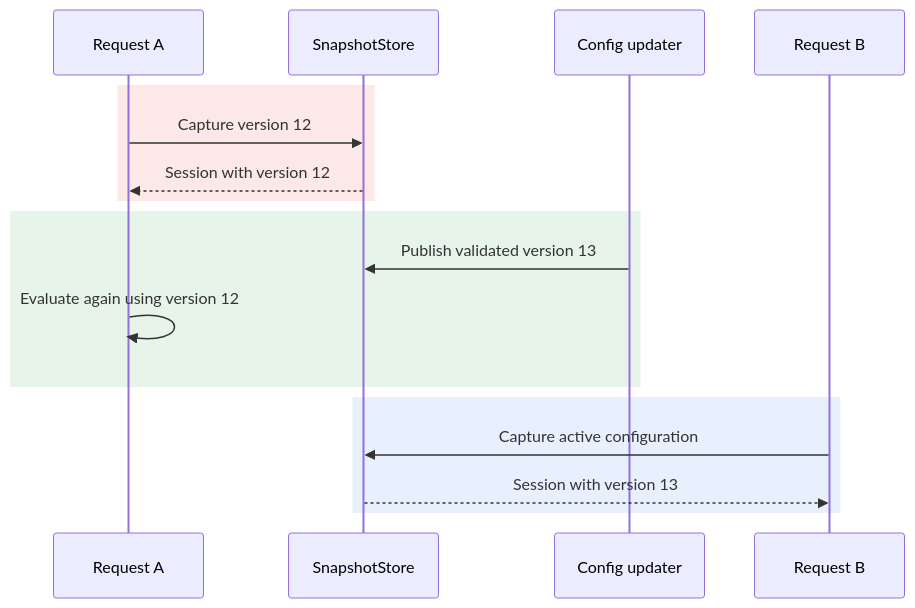
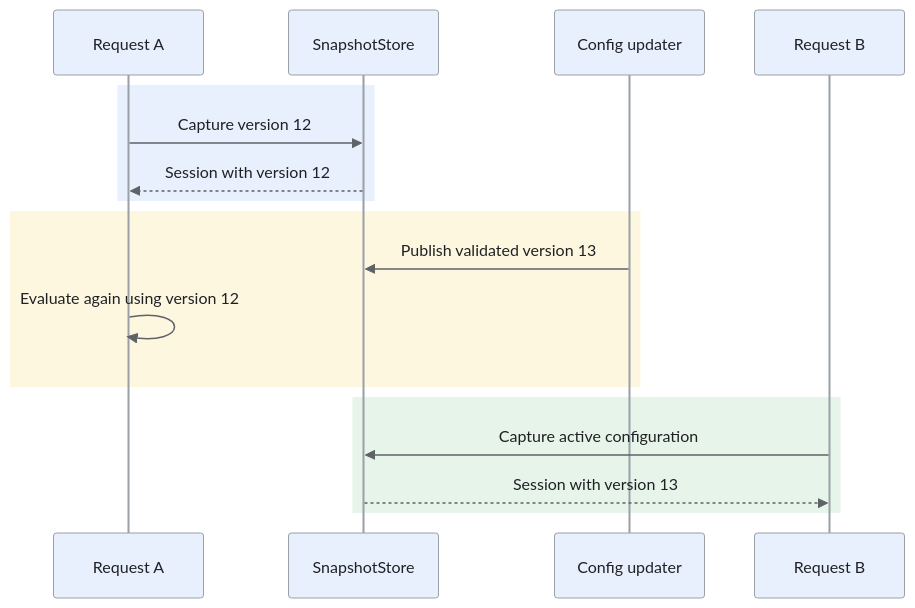
One commit to iliazlobin/iliazlobin.github.io changed the third of 3 diagrams in _designs/low-level-design-feature-flag-evaluator.md. Above: the diagram before and after it, drawn with Mermaid. The commit also changed other lines of this file and 5 other files, not shown here.

Commit message:
Fix Mermaid label fonts and align feature-flag design

````diff
--- a/_designs/low-level-design-feature-flag-evaluator.md
+++ b/_designs/low-level-design-feature-flag-evaluator.md
@@ -317,21 +350,22 @@
 ```mermaid
+%%{init: {"theme":"base","themeVariables":{"primaryColor":"#e8f0fe","primaryBorderColor":"#9aa0a6","primaryTextColor":"#202124","secondaryColor":"#e6f4ea","tertiaryColor":"#fef7e0","lineColor":"#5f6368","actorBkg":"#e8f0fe","actorBorder":"#9aa0a6","actorTextColor":"#202124","noteBkgColor":"#fef7e0","noteBorderColor":"#9aa0a6","noteTextColor":"#202124","signalColor":"#5f6368","signalTextColor":"#202124"}}}%%
 sequenceDiagram
     accTitle: Request-consistent configuration
     accDescr: Request A keeps version 12 after an update, while a new request captures version 13.
     participant A as Request A
     participant S as SnapshotStore
     participant U as Config updater
     participant B as Request B
-    rect rgb(252, 232, 230)
+    rect rgb(232, 240, 254)
         A->>S: Capture version 12
         S-->>A: Session with version 12
     end
-    rect rgb(230, 244, 234)
+    rect rgb(254, 247, 224)
         U->>S: Publish validated version 13
         A->>A: Evaluate again using version 12
     end
-    rect rgb(232, 240, 254)
+    rect rgb(230, 244, 234)
         B->>S: Capture active configuration
         S-->>B: Session with version 13
     end
 ```
````
